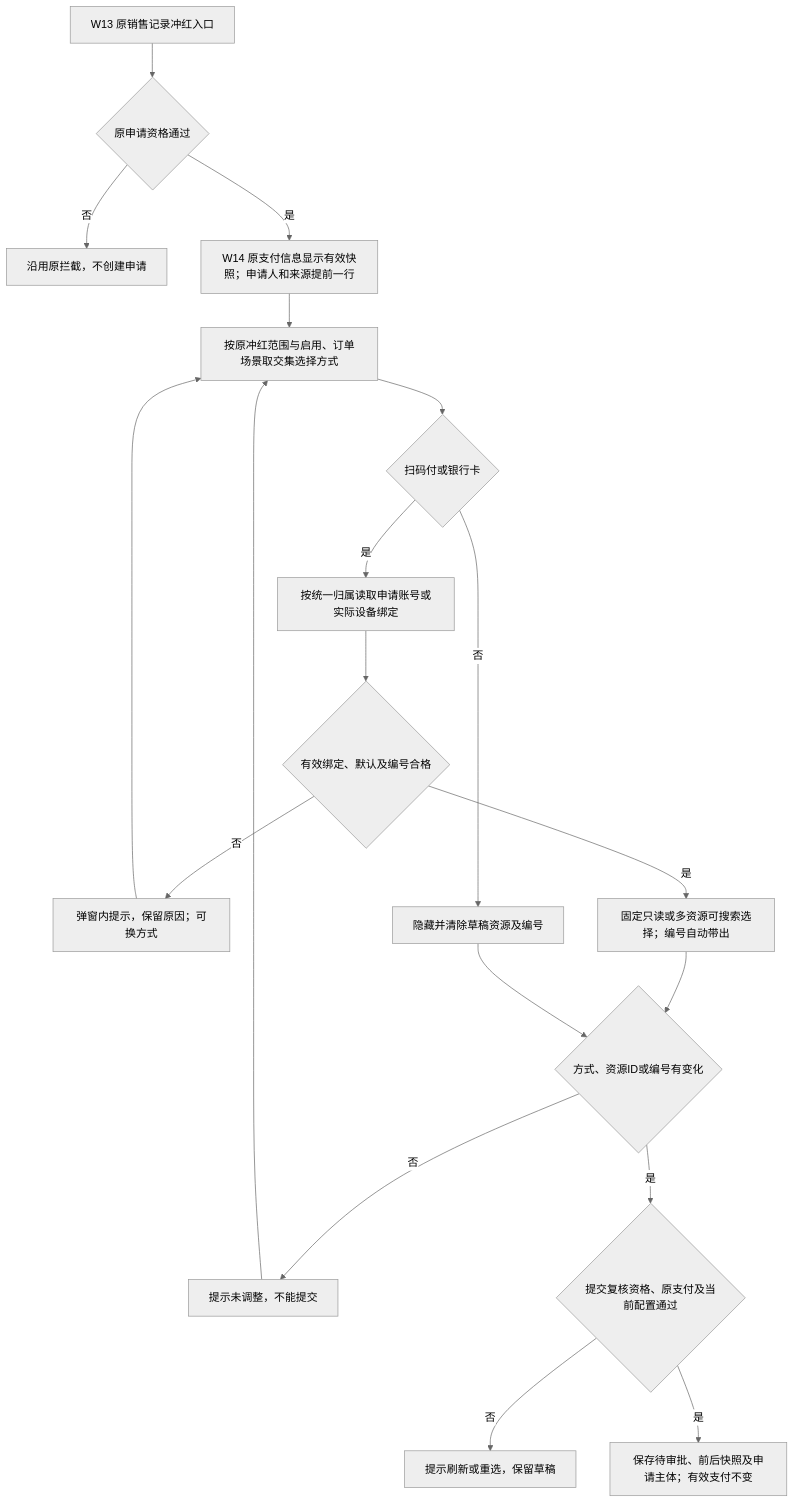
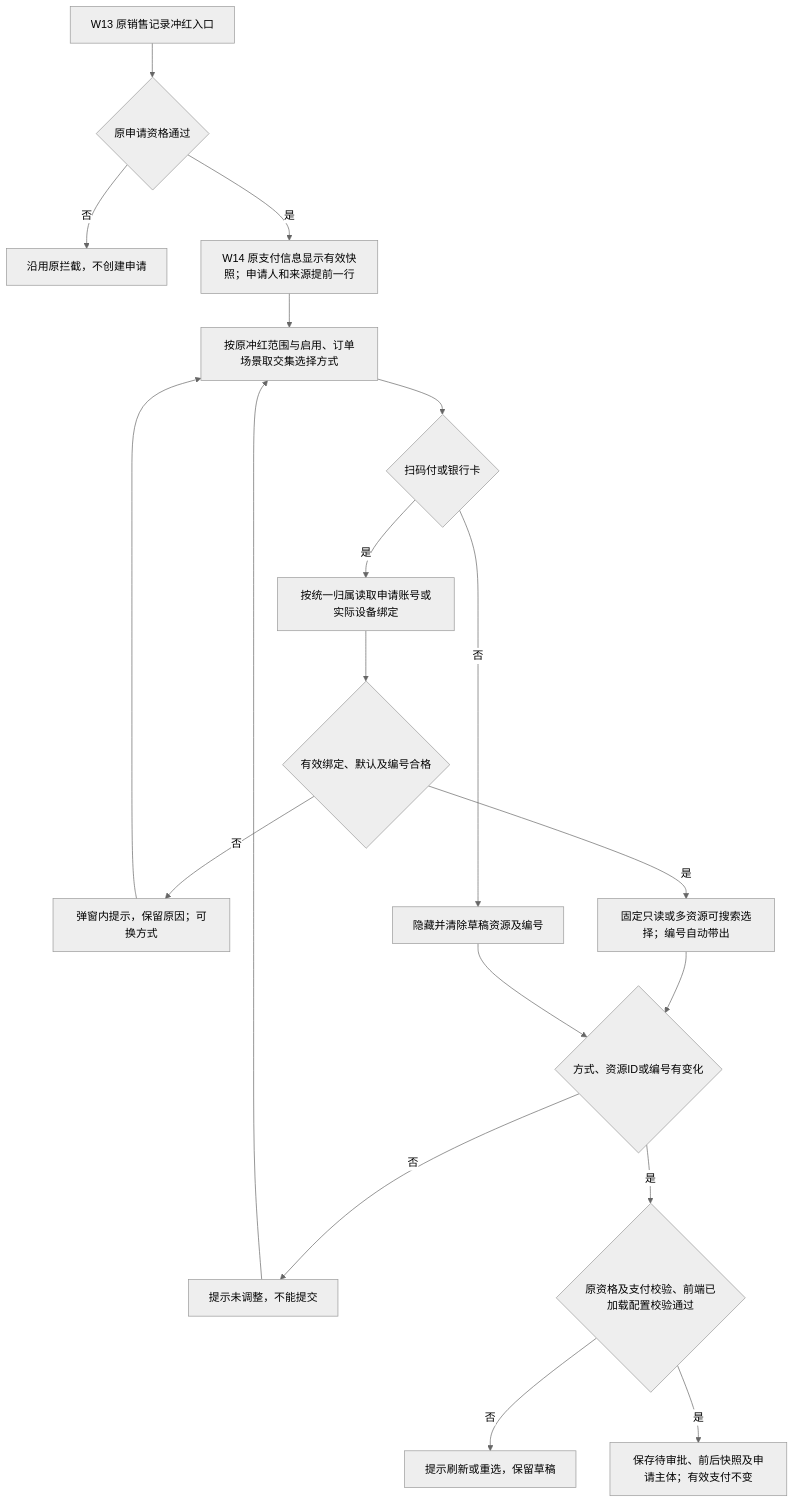
One commit to susantung/yanuoda changed the ninth of 12 diagrams in dev-test-versions/2026-v3.6-payment-configuration-20261019/02-全程流程图.md. Above: the diagram before and after it, drawn with Mermaid (neutral theme). The commit also changed other lines of this file and 1205 other files, not shown here.

````diff
--- a/dev-test-versions/2026-v3.6-payment-configuration-20261019/02-全程流程图.md
+++ b/dev-test-versions/2026-v3.6-payment-configuration-20261019/02-全程流程图.md
@@ -235,21 +237,21 @@
 ```mermaid
 flowchart TB
   ENTRY[W13 原销售记录冲红入口] --> QUAL{原申请资格通过}
   QUAL -->|否| BLOCK[沿用原拦截，不创建申请]
   QUAL -->|是| OPEN[W14 原支付信息显示有效快照；申请人和来源提前一行]
   OPEN --> WAY[按原冲红范围与启用、订单场景取交集选择方式]
   WAY --> NEED{扫码付或银行卡}
   NEED -->|是| OWNER[按统一归属读取申请账号或实际设备绑定]
   OWNER --> VALID{有效绑定、默认及编号合格}
   VALID -->|否| ERROR[弹窗内提示，保留原因；可换方式]
   ERROR --> WAY
   VALID -->|是| SELECT[固定只读或多资源可搜索选择；编号自动带出]
   NEED -->|否| CLEAR[隐藏并清除草稿资源及编号]
   SELECT --> DIFF{方式、资源ID或编号有变化}
   CLEAR --> DIFF
   DIFF -->|否| SAME[提示未调整，不能提交]
   SAME --> WAY
-  DIFF -->|是| CHECK{提交复核资格、原支付及当前配置通过}
+  DIFF -->|是| CHECK{原资格及支付校验、前端已加载配置校验通过}
   CHECK -->|否| RECONFIRM[提示刷新或重选，保留草稿]
   CHECK -->|是| SAVE[保存待审批、前后快照及申请主体；有效支付不变]
 ```
````
